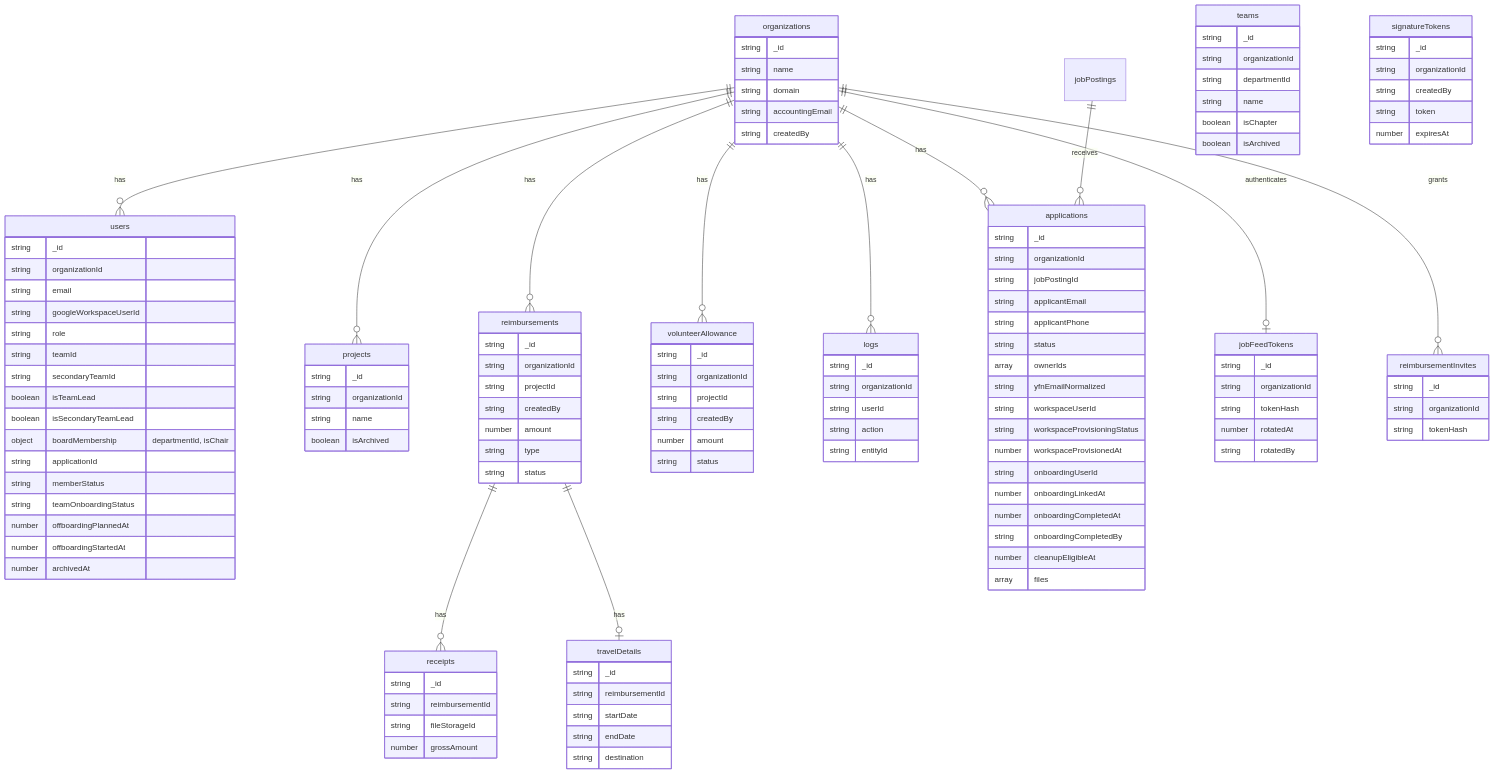
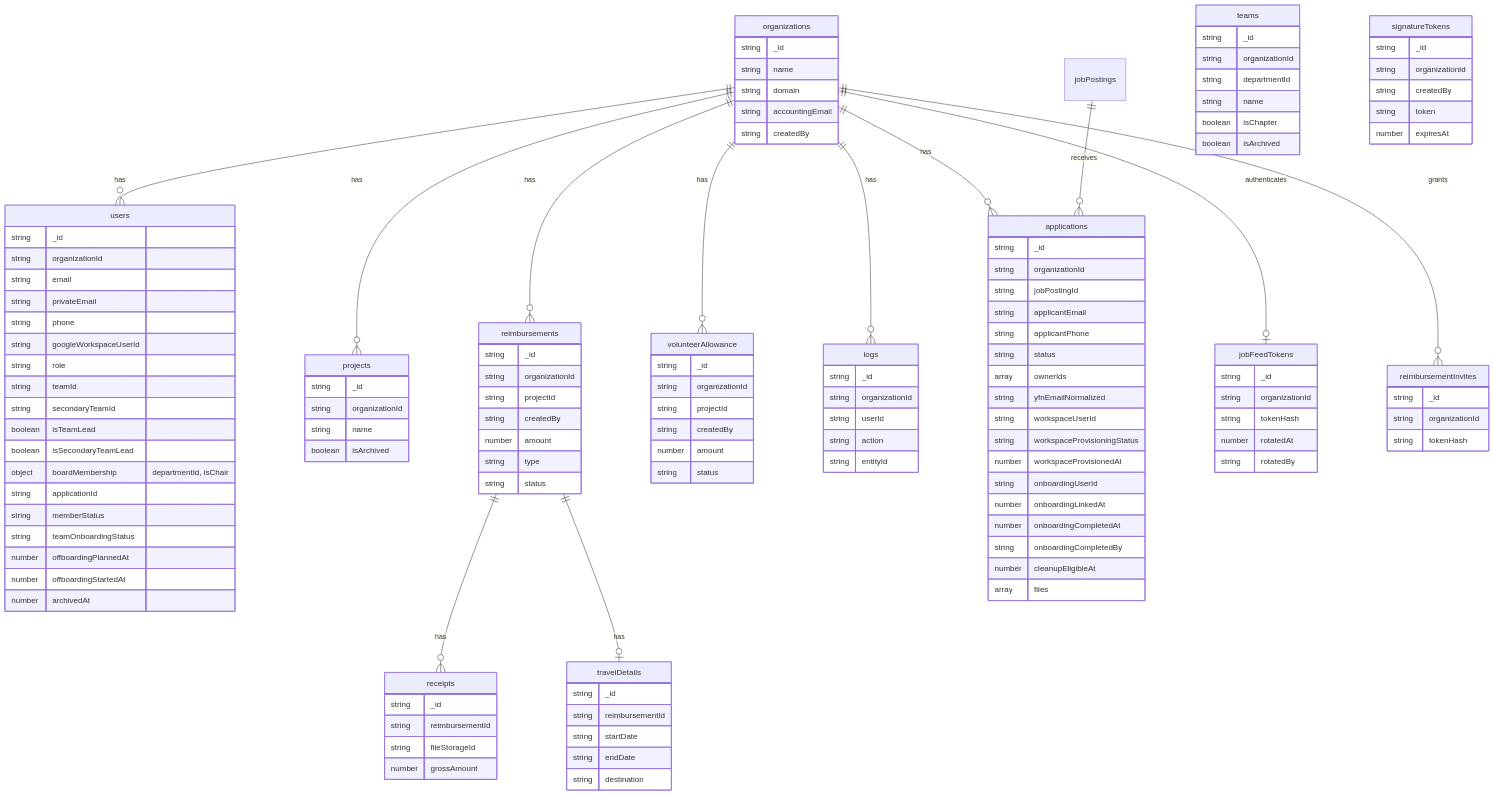
The diagram in docs/schema.md (yfndev/ybase), drawn with Mermaid before and after one commit. The commit also changed 18 other files, not shown here.

```diff
--- a/docs/schema.md
+++ b/docs/schema.md
@@ -44,6 +44,8 @@
         string _id
         string organizationId
         string email
+        string privateEmail
+        string phone
         string googleWorkspaceUserId
         string role
         string teamId
```
